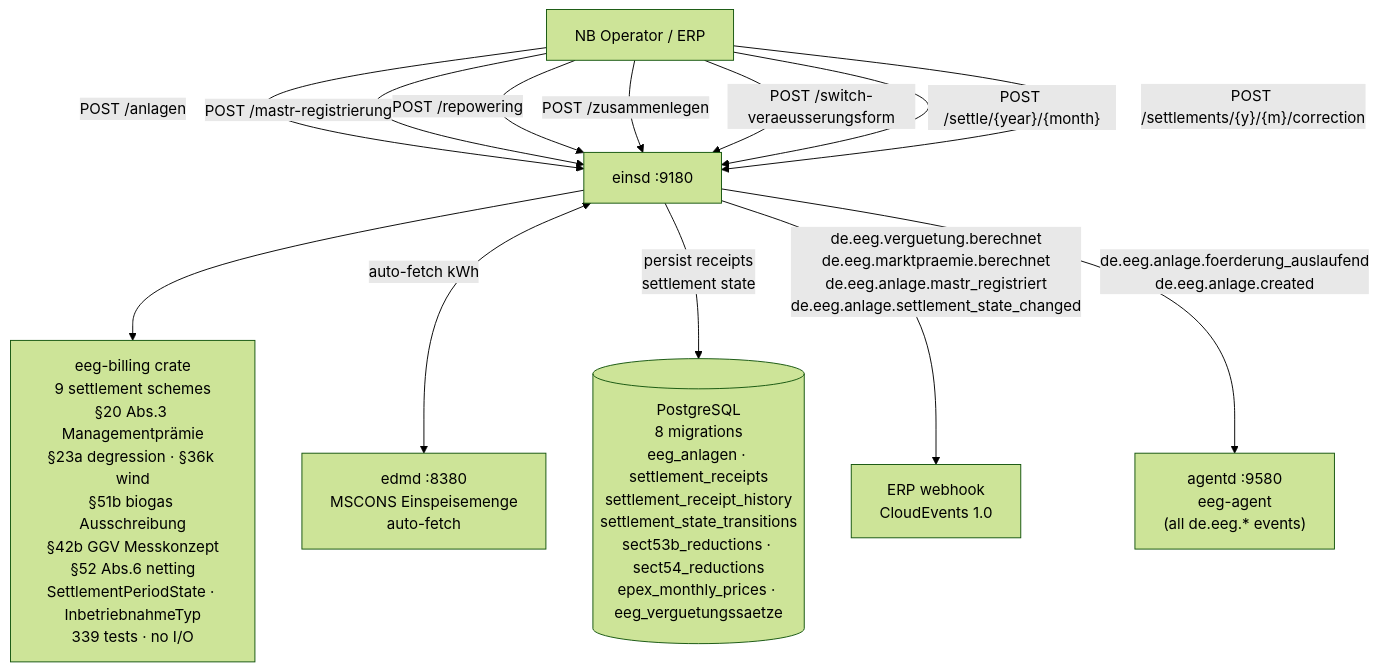
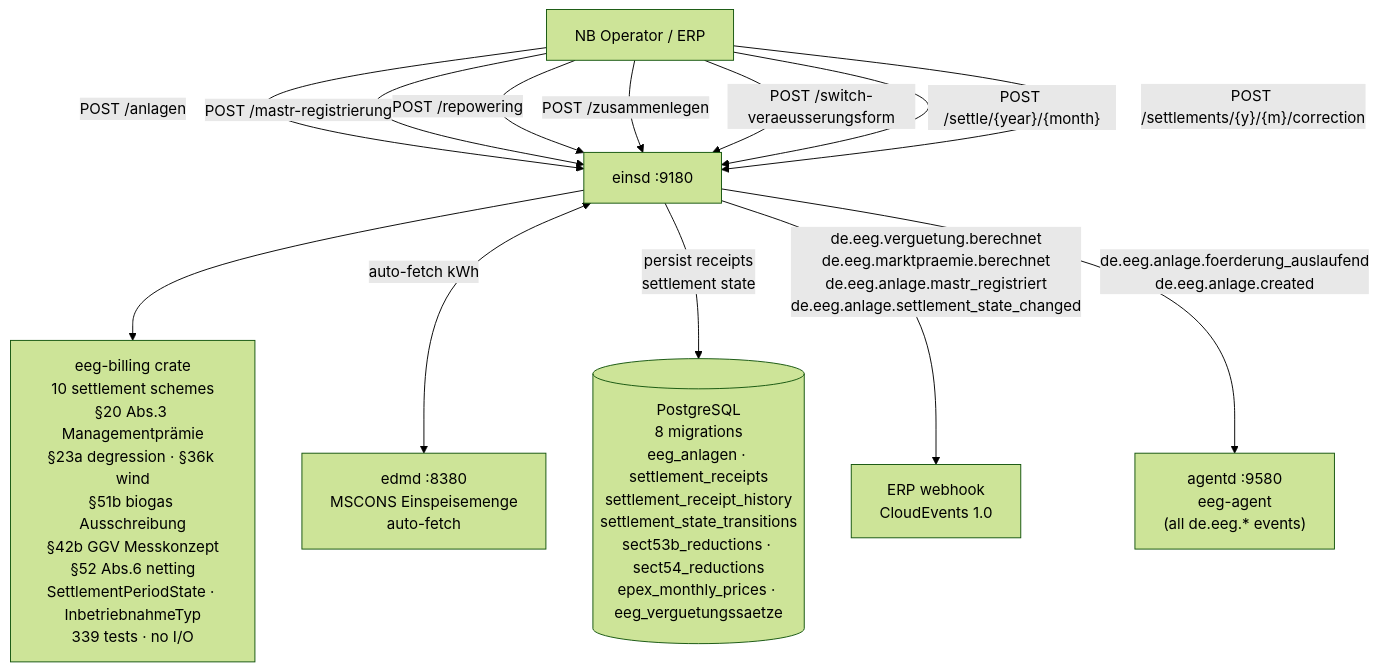
Before and after one commit to hupe1980/mako: the first of 8 diagrams in docs/einsd.md, drawn with Mermaid (forest theme). The commit also changed other lines of this file and 42 other files, not shown here.

````diff
--- a/docs/einsd.md
+++ b/docs/einsd.md
@@ -30,23 +30,23 @@
 ```mermaid
 graph TB
     Operator["NB Operator / ERP"]
     edmd["edmd :8380\nMSCONS Einspeisemenge\nauto-fetch"]
     einsd["einsd :9180"]
-    eeg_billing["eeg-billing crate\n9 settlement schemes\n§20 Abs.3 Managementprämie\n§23a degression · §36k wind\n§51b biogas Ausschreibung\n§42b GGV Messkonzept\n§52 Abs.6 netting\nSettlementPeriodState · InbetriebnahmeTyp\n339 tests · no I/O"]
+    eeg_billing["eeg-billing crate\n10 settlement schemes\n§20 Abs.3 Managementprämie\n§23a degression · §36k wind\n§51b biogas Ausschreibung\n§42b GGV Messkonzept\n§52 Abs.6 netting\nSettlementPeriodState · InbetriebnahmeTyp\n339 tests · no I/O"]
     db[("PostgreSQL\n8 migrations\neeg_anlagen · settlement_receipts\nsettlement_receipt_history\nsettlement_state_transitions\nsect53b_reductions · sect54_reductions\nepex_monthly_prices · eeg_verguetungssaetze")]
     erp["ERP webhook\nCloudEvents 1.0"]
     agentd["agentd :9580\neeg-agent\n(all de.eeg.* events)"]
 
     Operator -->|"POST /anlagen"| einsd
     Operator -->|"POST /mastr-registrierung"| einsd
     Operator -->|"POST /repowering"| einsd
     Operator -->|"POST /zusammenlegen"| einsd
     Operator -->|"POST /switch-veraeusserungsform"| einsd
     Operator -->|"POST /settle/{year}/{month}"| einsd
     Operator -->|"POST /settlements/{y}/{m}/correction"| einsd
     einsd --> eeg_billing
     einsd <-->|"auto-fetch kWh"| edmd
     einsd -->|"persist receipts\nsettlement state"| db
     einsd -->|"de.eeg.verguetung.berechnet\nde.eeg.marktpraemie.berechnet\nde.eeg.anlage.mastr_registriert\nde.eeg.anlage.settlement_state_changed"| erp
     einsd -->|"de.eeg.anlage.foerderung_auslaufend\nde.eeg.anlage.created"| agentd
 ```
````
